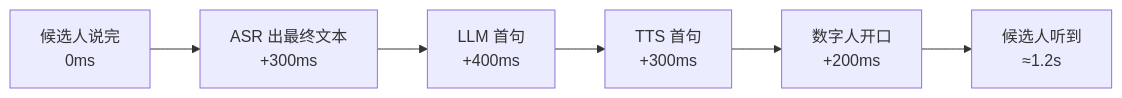
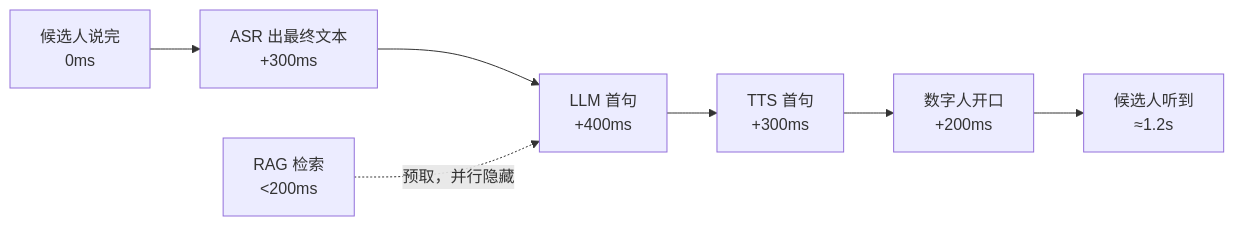
One commit to sublucky/virtual-interviewer changed the ninth of 11 diagrams in ARCHITECTURE.md. Above: the diagram before and after it, drawn with Mermaid. The commit also changed other lines of this file, not shown here.

````diff
--- a/ARCHITECTURE.md
+++ b/ARCHITECTURE.md
@@ -346,8 +493,9 @@
 ```mermaid
 flowchart LR
     A[候选人说完<br/>0ms] --> B[ASR 出最终文本<br/>+300ms]
     B --> C[LLM 首句<br/>+400ms]
     C --> D[TTS 首句<br/>+300ms]
     D --> E[数字人开口<br/>+200ms]
     E --> F[候选人听到<br/>≈1.2s]
+    R[RAG 检索<br/><200ms] -.->|预取，并行隐藏| C
 ```
````
